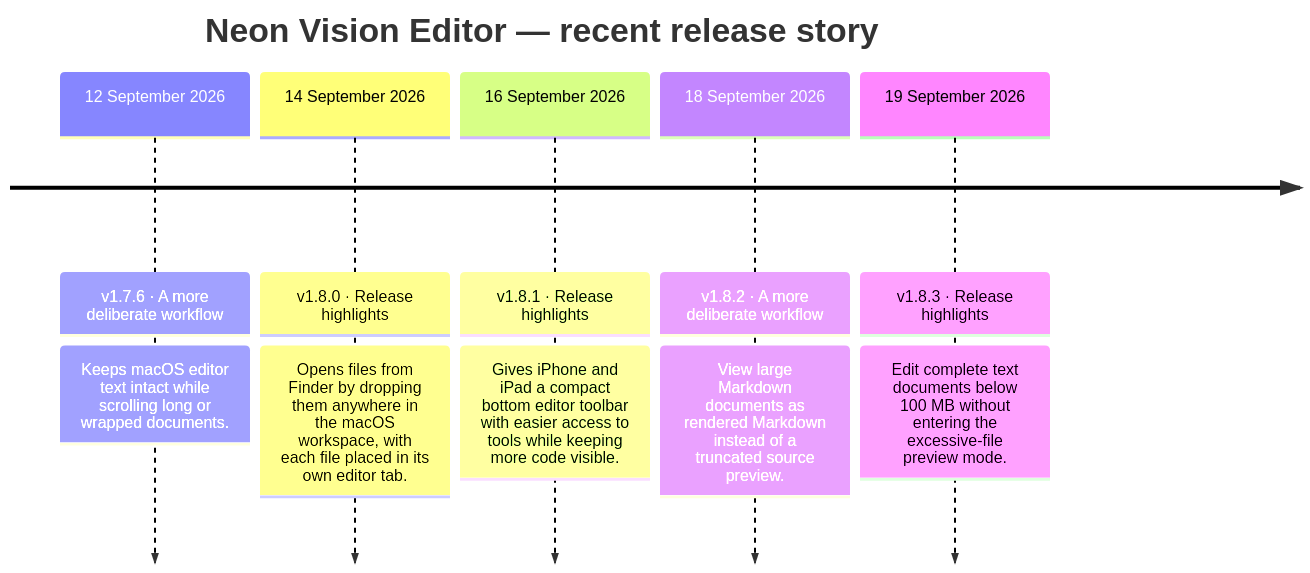
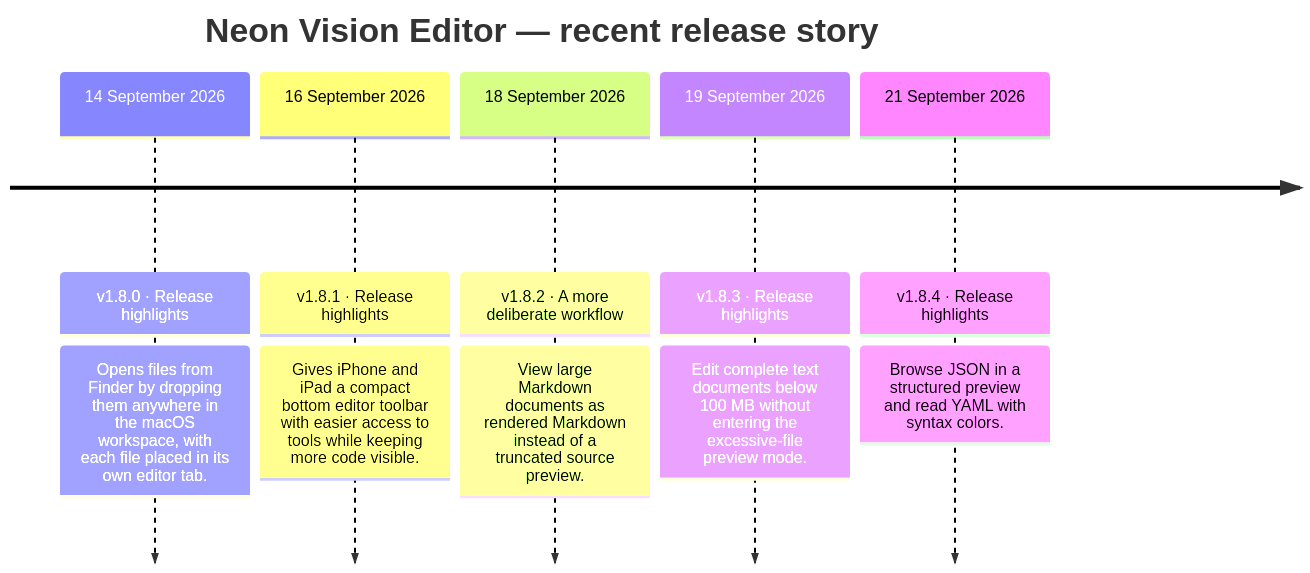
One commit to h3pdesign/Neon-Vision-Editor changed the diagram in README.md. Above: the diagram before and after it, drawn with Mermaid. The commit also changed other lines of this file and 9 other files, not shown here.

````diff
--- a/README.md
+++ b/README.md
@@ -758,14 +757,14 @@
 ```mermaid
 timeline
     title Neon Vision Editor — recent release story
-    12 September 2026 : v1.7.6 · A more deliberate workflow
-                : Keeps macOS editor text intact while scrolling long or wrapped documents.
     14 September 2026 : v1.8.0 · Release highlights
                 : Opens files from Finder by dropping them anywhere in the macOS workspace, with each file placed in its own editor tab.
     16 September 2026 : v1.8.1 · Release highlights
                 : Gives iPhone and iPad a compact bottom editor toolbar with easier access to tools while keeping more code visible.
     18 September 2026 : v1.8.2 · A more deliberate workflow
                 : View large Markdown documents as rendered Markdown instead of a truncated source preview.
     19 September 2026 : v1.8.3 · Release highlights
                 : Edit complete text documents below 100 MB without entering the excessive-file preview mode.
+    21 September 2026 : v1.8.4 · Release highlights
+                : Browse JSON in a structured preview and read YAML with syntax colors.
 ```
````
